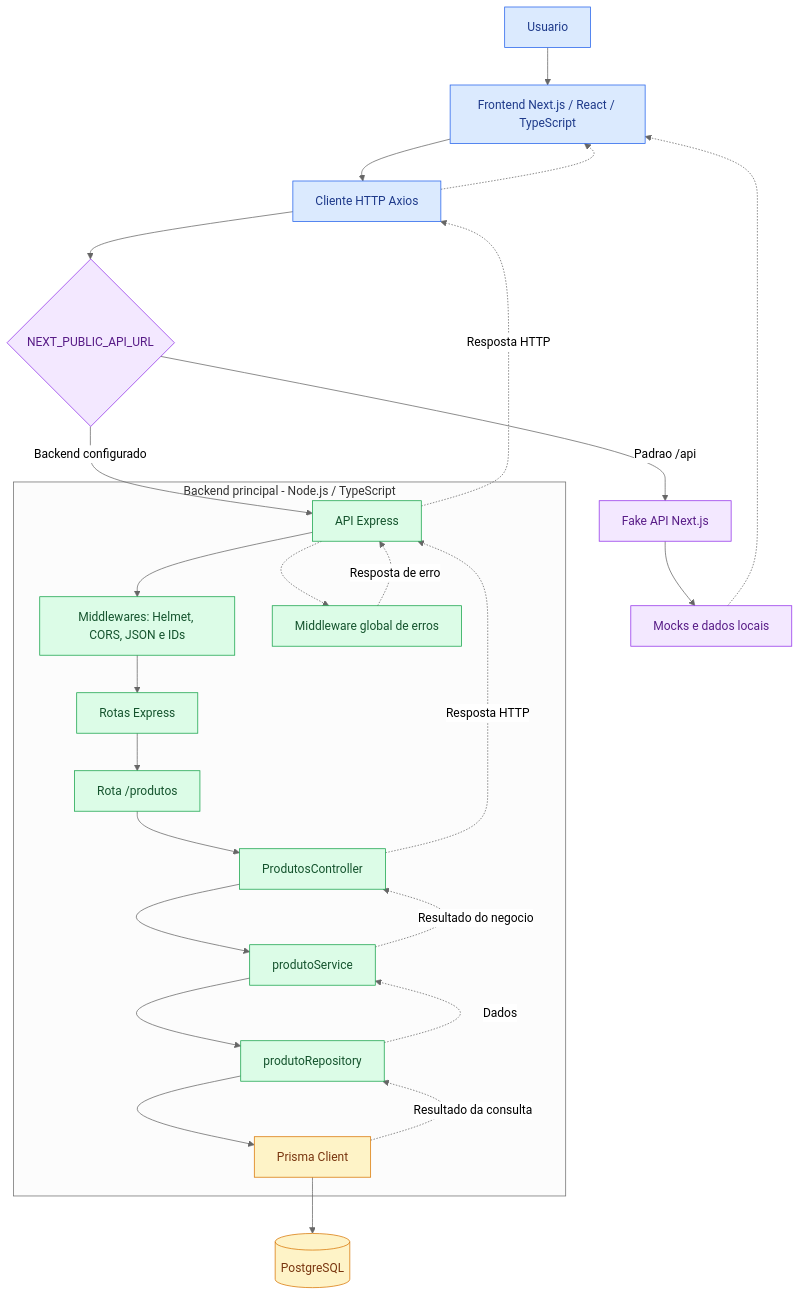
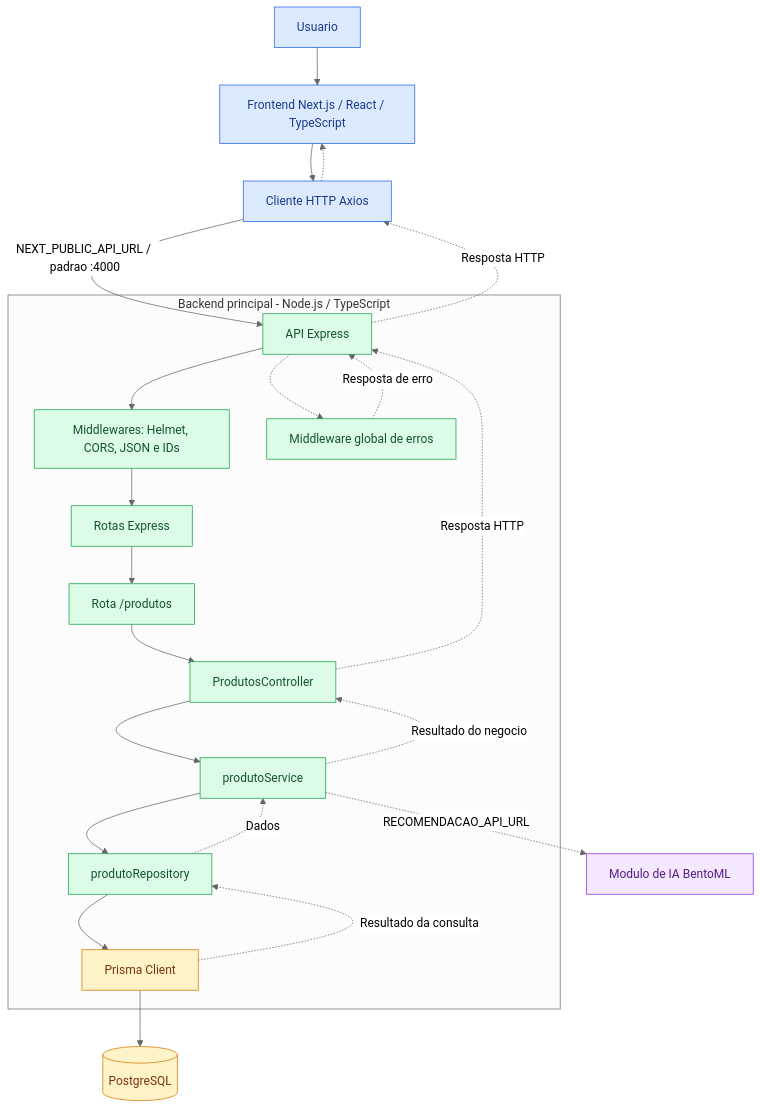
The diagram in docs/arquitetura/diagrama-arquitetura.mmd (Samara020/Projeto-Integrador-Origem), drawn with Mermaid (neutral theme) before and after one commit. The commit also changed 148 other files, not shown here.

```diff
--- a/docs/arquitetura/diagrama-arquitetura.mmd
+++ b/docs/arquitetura/diagrama-arquitetura.mmd
@@ -1,41 +1,36 @@
 flowchart TD
     USER[Usuario] --> FRONT[Frontend Next.js / React / TypeScript]
     FRONT --> HTTP[Cliente HTTP Axios]
-    HTTP --> CONFIG{NEXT_PUBLIC_API_URL}
-
-    CONFIG -->|Backend configurado| EXPRESS[API Express]
-    CONFIG -->|Padrao /api| FAKE[Fake API Next.js]
+    HTTP -->|NEXT_PUBLIC_API_URL / padrao :4000| EXPRESS[API Express]
 
     subgraph BACKEND["Backend principal - Node.js / TypeScript"]
         EXPRESS --> MIDDLEWARE[Middlewares: Helmet, CORS, JSON e IDs]
         MIDDLEWARE --> ROUTES[Rotas Express]
         ROUTES --> PRODUCT_ROUTE[ Rota /produtos ]
         PRODUCT_ROUTE --> CONTROLLER[ProdutosController]
         CONTROLLER --> SERVICE[produtoService]
         SERVICE --> REPOSITORY[produtoRepository]
         REPOSITORY --> PRISMA[Prisma Client]
         EXPRESS -.-> ERROR[Middleware global de erros]
     end
 
     PRISMA --> DB[(PostgreSQL)]
+    SERVICE -.->|RECOMENDACAO_API_URL| IA[Modulo de IA BentoML]
 
     PRISMA -.->|Resultado da consulta| REPOSITORY
     REPOSITORY -.->|Dados| SERVICE
     SERVICE -.->|Resultado do negocio| CONTROLLER
     CONTROLLER -.->|Resposta HTTP| EXPRESS
     ERROR -.->|Resposta de erro| EXPRESS
     EXPRESS -.->|Resposta HTTP| HTTP
     HTTP -.-> FRONT
 
-    FAKE --> MOCK[Mocks e dados locais]
-    MOCK -.-> FRONT
-
     classDef frontend fill:#dbeafe,stroke:#2563eb,color:#1e3a8a
     classDef backend fill:#dcfce7,stroke:#16a34a,color:#14532d
     classDef database fill:#fef3c7,stroke:#d97706,color:#78350f
     classDef auxiliary fill:#f3e8ff,stroke:#9333ea,color:#581c87
 
     class USER,FRONT,HTTP frontend
     class EXPRESS,MIDDLEWARE,ROUTES,PRODUCT_ROUTE,CONTROLLER,SERVICE,REPOSITORY,ERROR backend
     class PRISMA,DB database
-    class FAKE,MOCK,CONFIG auxiliary
+    class IA auxiliary
```
